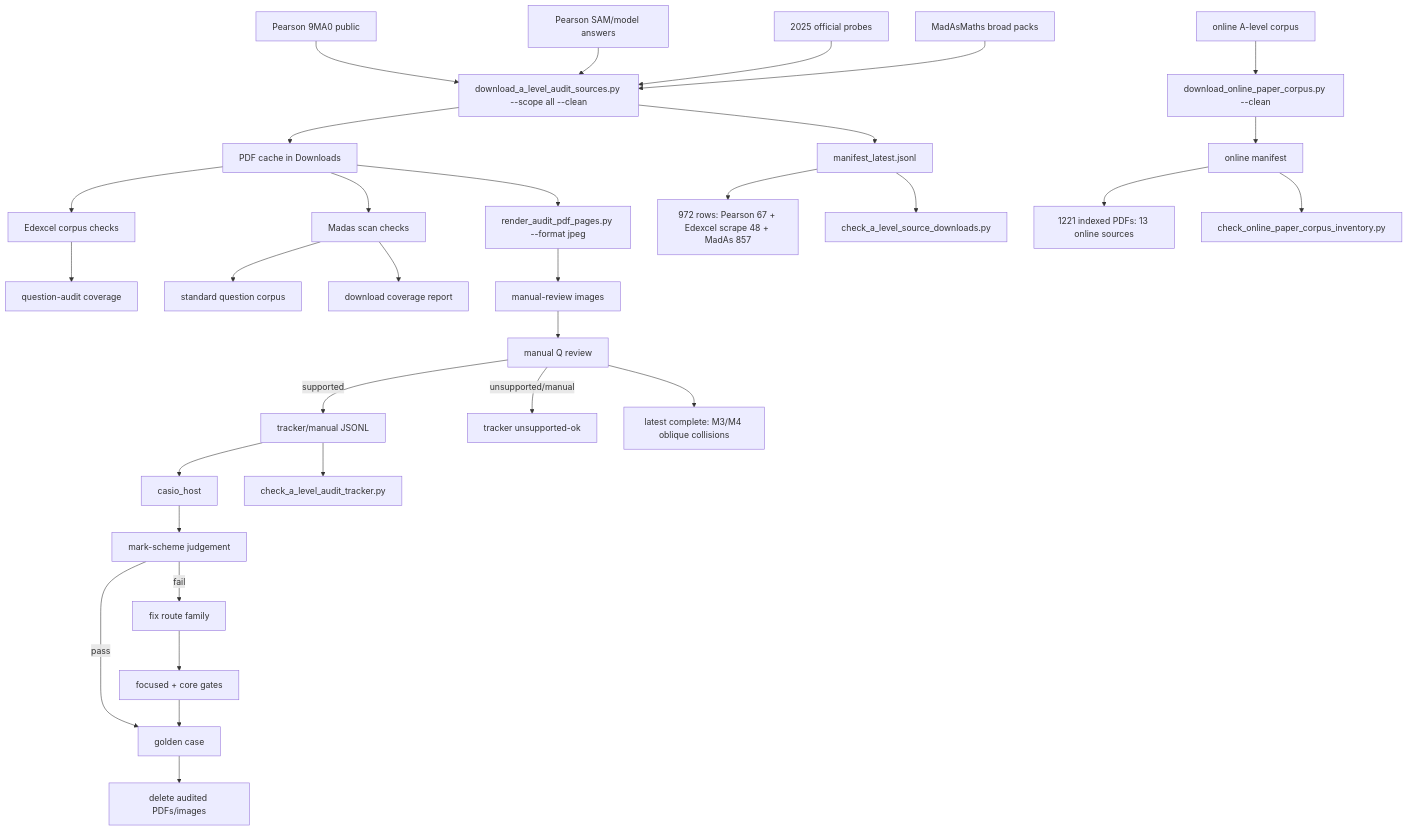
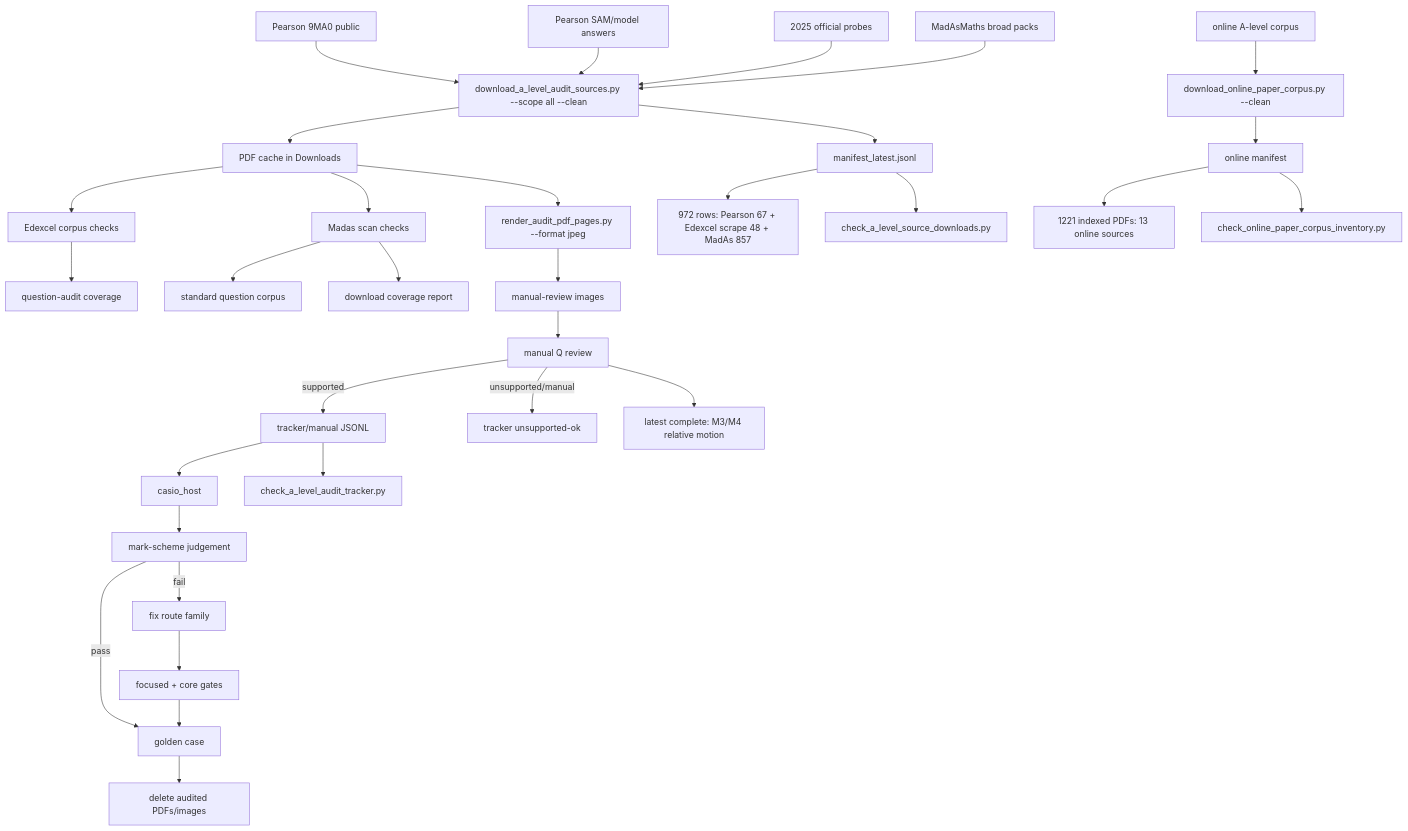
The diagram in c++/tools/golden/a_level_audit_graph.md (james8464/notes-addin-casio-fx-cg50), drawn with Mermaid before and after one commit. The commit also changed other lines of this file and 2 other files, not shown here.

Commit message:
Audit M3 M4 relative motion booklet

````diff
--- a/c++/tools/golden/a_level_audit_graph.md
+++ b/c++/tools/golden/a_level_audit_graph.md
@@ -3,34 +3,34 @@
 ```mermaid
 graph TD
   E1["Pearson 9MA0 public"] --> D["download_a_level_audit_sources.py --scope all --clean"]
   E2["Pearson SAM/model answers"] --> D
   E3["2025 official probes"] --> D
   M1["MadAsMaths broad packs"] --> D
   O1["online A-level corpus"] --> OD["download_online_paper_corpus.py --clean"]
   D --> P["PDF cache in Downloads"]
   D --> X["manifest_latest.jsonl"]
   OD --> OX["online manifest"]
   X --> XC["972 rows: Pearson 67 + Edexcel scrape 48 + MadAs 857"]
   OX --> OC["1221 indexed PDFs: 13 online sources"]
   X --> V["check_a_level_source_downloads.py"]
   OX --> OV["check_online_paper_corpus_inventory.py"]
   P --> E["Edexcel corpus checks"]
   E --> EQ["question-audit coverage"]
   P --> S["Madas scan checks"]
   S --> M["standard question corpus"]
   S --> MC["download coverage report"]
   P --> R["render_audit_pdf_pages.py --format jpeg"]
   R --> I["manual-review images"]
   I --> Q["manual Q review"]
   Q -->|supported| J["tracker/manual JSONL"]
   Q -->|unsupported/manual| U["tracker unsupported-ok"]
   J --> H["casio_host"]
   J --> K["check_a_level_audit_tracker.py"]
   H --> C["mark-scheme judgement"]
   C -->|pass| G["golden case"]
   C -->|fail| F["fix route family"]
   F --> T["focused + core gates"]
   T --> G
   G --> Z["delete audited PDFs/images"]
-  Q --> Qt["latest complete: M3/M4 oblique collisions"]
+  Q --> Qt["latest complete: M3/M4 relative motion"]
 ```
````
